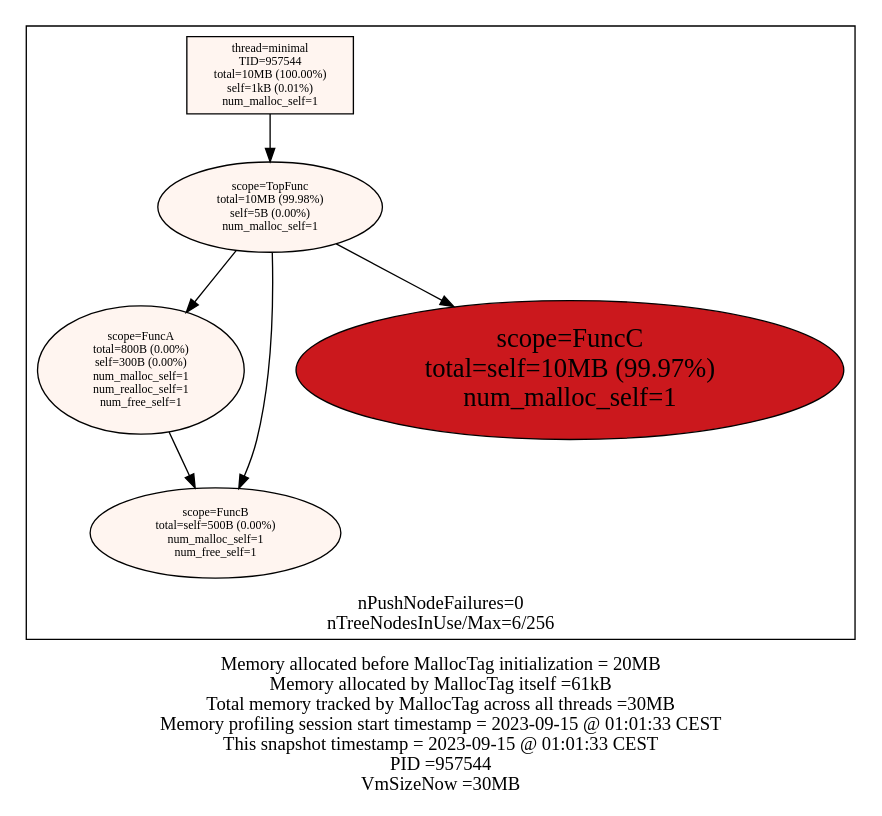
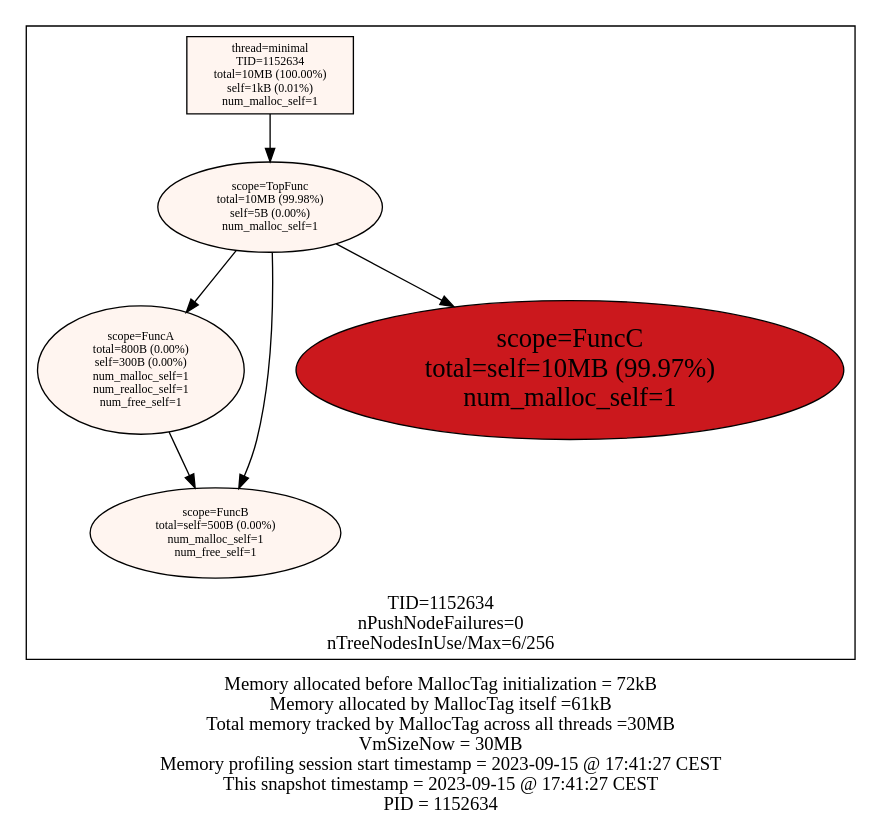
Before and after one commit to f18m/malloc-tag: the diagram in examples/minimal/minimal_stats.dot, drawn with Graphviz. The commit also changed 16 other files, not shown here.

Commit message:
Improve matching of malloc-tag tracked memory with the Linux-kernel VIRT-reported memory by having some estimation logic about the amount of memory  mmap()ed for each new thread by GNU dyn linker, pthread and glibc malloc

```diff
--- a/examples/minimal/minimal_stats.dot
+++ b/examples/minimal/minimal_stats.dot
@@ -1,22 +1,22 @@
 digraph MallocTree {
  node [colorscheme=reds9 style=filled]
- subgraph cluster_TID957544 {
+ subgraph cluster_TID1152634 {
   node [colorscheme=reds9 style=filled]
   labelloc="b"
-  label="nPushNodeFailures=0\nnTreeNodesInUse/Max=6/256\n"
-  "957544_minimal" [label="thread=minimal\nTID=957544\ntotal=10MB (100.00%)\nself=1kB (0.01%)\nnum_malloc_self=1" shape=box fillcolor=1 fontsize=9]
-  "957544_minimal" -> "957544_TopFunc"
-  "957544_TopFunc" [label="scope=TopFunc\ntotal=10MB (99.98%)\nself=5B (0.00%)\nnum_malloc_self=1" fillcolor=1 fontsize=9]
-  "957544_TopFunc" -> "957544_FuncA"
-  "957544_TopFunc" -> "957544_FuncB"
-  "957544_TopFunc" -> "957544_FuncC"
-  "957544_FuncA" [label="scope=FuncA\ntotal=800B (0.00%)\nself=300B (0.00%)\nnum_malloc_self=1\nnum_realloc_self=1\nnum_free_self=1" fillcolor=1 fontsize=9]
-  "957544_FuncA" -> "957544_FuncB"
-  "957544_FuncB" [label="scope=FuncB\ntotal=self=500B (0.00%)\nnum_malloc_self=1\nnum_free_self=1" fillcolor=1 fontsize=9]
-  "957544_FuncB" [label="scope=FuncB\ntotal=self=500B (0.00%)\nnum_malloc_self=1\nnum_free_self=1" fillcolor=1 fontsize=9]
-  "957544_FuncC" [label="scope=FuncC\ntotal=self=10MB (99.97%)\nnum_malloc_self=1" fillcolor=7 fontsize=20]
+  label="TID=1152634\nnPushNodeFailures=0\nnTreeNodesInUse/Max=6/256\n"
+  "1152634_minimal" [label="thread=minimal\nTID=1152634\ntotal=10MB (100.00%)\nself=1kB (0.01%)\nnum_malloc_self=1" shape=box fillcolor=1 fontsize=9]
+  "1152634_minimal" -> "1152634_TopFunc"
+  "1152634_TopFunc" [label="scope=TopFunc\ntotal=10MB (99.98%)\nself=5B (0.00%)\nnum_malloc_self=1" fillcolor=1 fontsize=9]
+  "1152634_TopFunc" -> "1152634_FuncA"
+  "1152634_TopFunc" -> "1152634_FuncB"
+  "1152634_TopFunc" -> "1152634_FuncC"
+  "1152634_FuncA" [label="scope=FuncA\ntotal=800B (0.00%)\nself=300B (0.00%)\nnum_malloc_self=1\nnum_realloc_self=1\nnum_free_self=1" fillcolor=1 fontsize=9]
+  "1152634_FuncA" -> "1152634_FuncB"
+  "1152634_FuncB" [label="scope=FuncB\ntotal=self=500B (0.00%)\nnum_malloc_self=1\nnum_free_self=1" fillcolor=1 fontsize=9]
+  "1152634_FuncB" [label="scope=FuncB\ntotal=self=500B (0.00%)\nnum_malloc_self=1\nnum_free_self=1" fillcolor=1 fontsize=9]
+  "1152634_FuncC" [label="scope=FuncC\ntotal=self=10MB (99.97%)\nnum_malloc_self=1" fillcolor=7 fontsize=20]
  }
 
  labelloc="b"
- label="Memory allocated before MallocTag initialization = 20MB\nMemory allocated by MallocTag itself =61kB\nTotal memory tracked by MallocTag across all threads =30MB\nMemory profiling session start timestamp = 2023-09-15 @ 01:01:33 CEST\nThis snapshot timestamp = 2023-09-15 @ 01:01:33 CEST\nPID =957544\nVmSizeNow =30MB\n"
+ label="Memory allocated before MallocTag initialization = 72kB\nMemory allocated by MallocTag itself =61kB\nTotal memory tracked by MallocTag across all threads =30MB\nVmSizeNow = 30MB\nMemory profiling session start timestamp = 2023-09-15 @ 17:41:27 CEST\nThis snapshot timestamp = 2023-09-15 @ 17:41:27 CEST\nPID = 1152634\n"
 }
```
